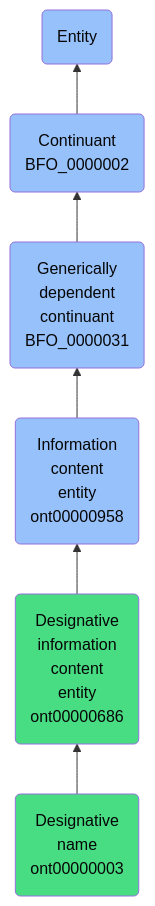
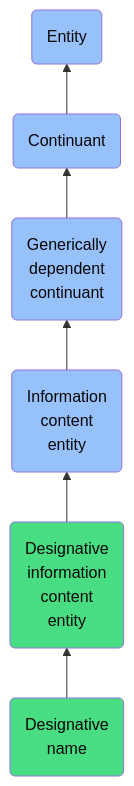
The diagram in docs/ontology/reference/model/Entity/Continuant/Generically dependent continuant/Information content entity/Designative information content entity/Designative name/Designative name.md (jupyter-naas/abi), drawn with Mermaid before and after one commit. The commit also changed other lines of this file and 1430 other files, not shown here.

````diff
--- a/docs/ontology/reference/model/Entity/Continuant/Generically dependent continuant/Information content entity/Designative information content entity/Designative name/Designative name.md
+++ b/docs/ontology/reference/model/Entity/Continuant/Generically dependent continuant/Information content entity/Designative information content entity/Designative name/Designative name.md
@@ -24,13 +24,13 @@
 ```mermaid
 graph BT
-    ont00000003(Designative<br>name<br>ont00000003):::ABI-->ont00000686
-    ont00000686(Designative<br>information<br>content<br>entity<br>ont00000686):::ABI-->ont00000958
-    ont00000958(Information<br>content<br>entity<br>ont00000958):::BFO-->BFO_0000031
-    BFO_0000031(Generically<br>dependent<br>continuant<br>BFO_0000031):::BFO-->BFO_0000002
-    BFO_0000002(Continuant<br>BFO_0000002):::BFO-->BFO_0000001
+    ont00000003(Designative<br>name):::ABI-->ont00000686
+    ont00000686(Designative<br>information<br>content<br>entity):::ABI-->ont00000958
+    ont00000958(Information<br>content<br>entity):::BFO-->BFO_0000031
+    BFO_0000031(Generically<br>dependent<br>continuant):::BFO-->BFO_0000002
+    BFO_0000002(Continuant):::BFO-->BFO_0000001
     BFO_0000001(Entity):::BFO
     
     classDef BFO fill:#97c1fb,color:#060606
     classDef CCO fill:#e4c51e,color:#060606
     classDef ABI fill:#48DD82,color:#060606
 ```
````
